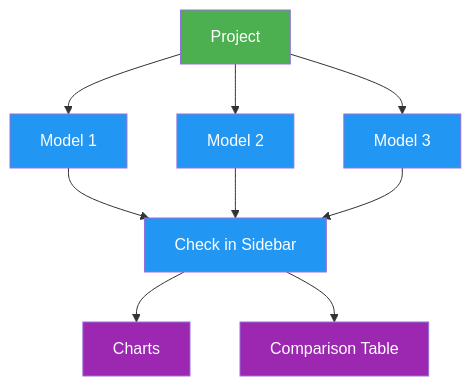
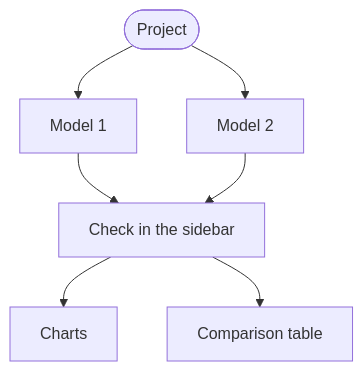
Before and after one commit to ultralytics/ultralytics: the diagram in docs/en/platform/train/projects.md, drawn with Mermaid. The commit also changed 20 other files, not shown here.

Commit message:
Migrate docs Mermaid diagrams to the unified design system (#26573)

````diff
--- a/docs/en/platform/train/projects.md
+++ b/docs/en/platform/train/projects.md
@@ -13,15 +13,9 @@
 ```mermaid
-graph TB
-    P[Project]:::start --> M1[Model 1]:::proc
-    P --> M2[Model 2]:::proc
-    P --> M3[Model 3]:::proc
-    M1 --> S[Check in Sidebar]:::proc
+flowchart TD
+    P([Project]) --> M1[Model 1]
+    P --> M2[Model 2]
+    M1 --> S[Check in the sidebar]
     M2 --> S
-    M3 --> S
-    S --> C[Charts]:::out
-    S --> T[Comparison Table]:::out
-
-    classDef start fill:#4CAF50,color:#fff
-    classDef proc fill:#2196F3,color:#fff
-    classDef out fill:#9C27B0,color:#fff
+    S --> C[Charts]
+    S --> T[Comparison table]
 ```
````
